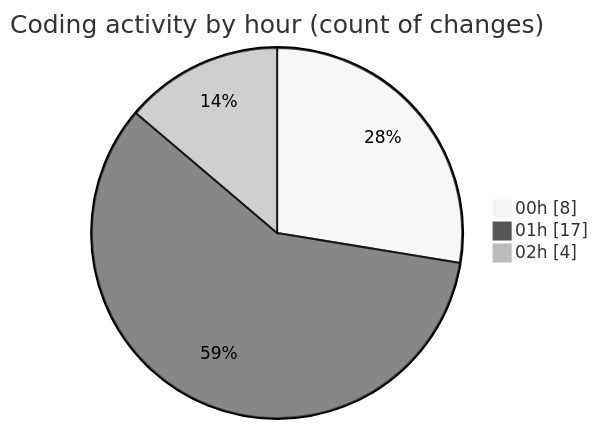
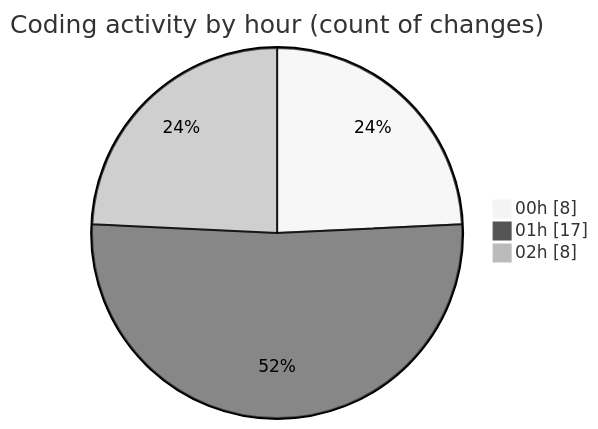
One commit to Elitesun/code-tracking changed the second of 2 diagrams in 2025-05-02/niten/README.md. Above: the diagram before and after it, drawn with Mermaid (neutral theme). The commit also changed other lines of this file and 1 other file, not shown here.

````diff
--- a/2025-05-02/niten/README.md
+++ b/2025-05-02/niten/README.md
@@ -40,7 +41,7 @@
 ```mermaid
 pie showData
 title Coding activity by hour (count of changes)
 "00h" : 8
 "01h" : 17
-"02h" : 4
+"02h" : 8
 ```
````
